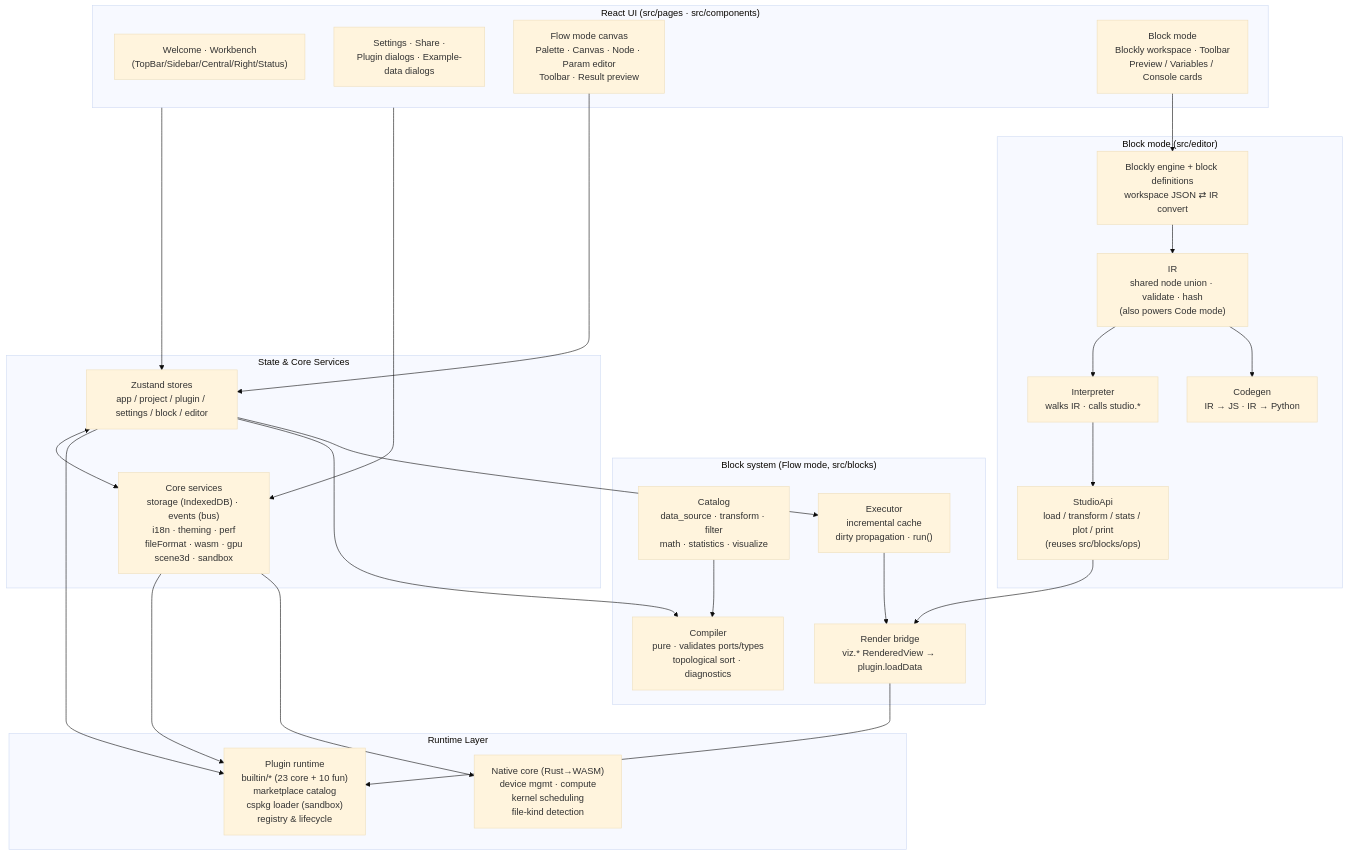
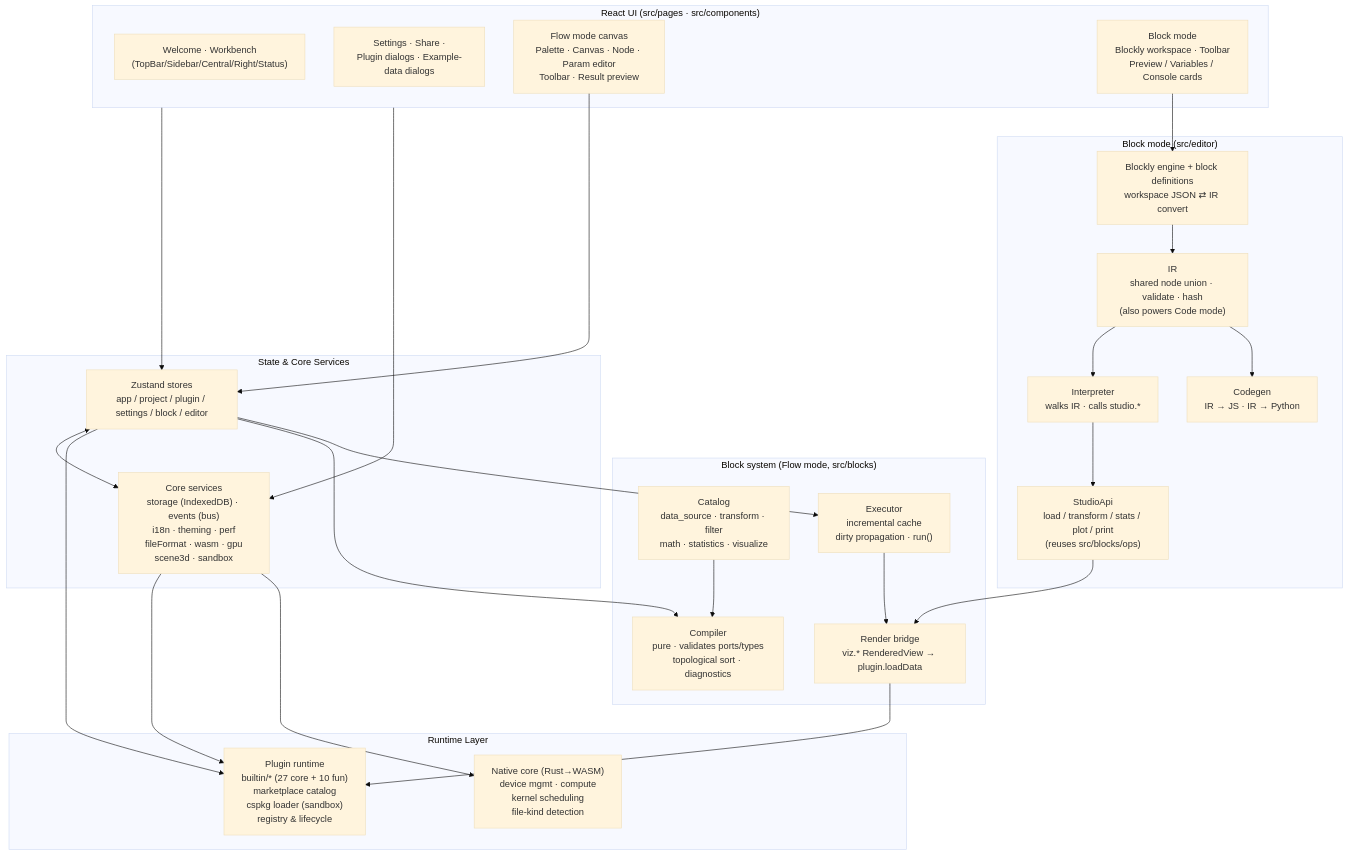
Before and after one commit to SnowLeopard-io/ErgalicsStudio: the diagram in docs/guide/architecture.md, drawn with Mermaid (base theme). The commit also changed 32 other files, not shown here.

````diff
--- a/docs/guide/architecture.md
+++ b/docs/guide/architecture.md
@@ -5,53 +5,53 @@
 ```mermaid
 flowchart TB
     subgraph UI["React UI (src/pages · src/components)"]
         A1["Welcome · Workbench<br/>(TopBar/Sidebar/Central/Right/Status)"]
         A2["Settings · Share ·<br/>Plugin dialogs · Example-data dialogs"]
         A3["Flow mode canvas<br/>Palette · Canvas · Node · Param editor<br/>Toolbar · Result preview"]
         A4["Block mode<br/>Blockly workspace · Toolbar<br/>Preview / Variables / Console cards"]
     end
 
     subgraph State["State & Core Services"]
         B1["Zustand stores<br/>app / project / plugin / settings / block / editor"]
         B2["Core services<br/>storage (IndexedDB) · events (bus)<br/>i18n · theming · perf<br/>fileFormat · wasm · gpu<br/>scene3d · sandbox"]
     end
 
     subgraph Blocks["Block system (Flow mode, src/blocks)"]
         D1["Catalog<br/>data_source · transform · filter<br/>math · statistics · visualize"]
         D2["Compiler<br/>pure · validates ports/types<br/>topological sort · diagnostics"]
         D3["Executor<br/>incremental cache<br/>dirty propagation · run()"]
         D4["Render bridge<br/>viz.* RenderedView → plugin.loadData"]
     end
 
     subgraph Editor["Block mode (src/editor)"]
         E1["IR<br/>shared node union · validate · hash<br/>(also powers Code mode)"]
         E2["Blockly engine + block definitions<br/>workspace JSON ⇄ IR convert"]
         E3["Interpreter<br/>walks IR · calls studio.*"]
         E4["Codegen<br/>IR → JS · IR → Python"]
         E5["StudioApi<br/>load / transform / stats / plot / print<br/>(reuses src/blocks/ops)"]
     end
 
     subgraph Runtime["Runtime Layer"]
-        C1["Plugin runtime<br/>builtin/* (23 core + 10 fun)<br/>marketplace catalog<br/>cspkg loader (sandbox)<br/>registry & lifecycle"]
+        C1["Plugin runtime<br/>builtin/* (27 core + 10 fun)<br/>marketplace catalog<br/>cspkg loader (sandbox)<br/>registry & lifecycle"]
         C2["Native core (Rust→WASM)<br/>device mgmt · compute<br/>kernel scheduling<br/>file-kind detection"]
     end
 
     UI --> B1
     UI --> B2
     B1 <--> B2
     B1 --> C1
     B2 --> C1
     B2 --> C2
     A3 --> B1
     B1 --> D2
     B1 --> D3
     D1 --> D2
     D3 --> D4
     D4 --> C1
     A4 --> E2
     E2 --> E1
     E1 --> E3
     E1 --> E4
     E3 --> E5
     E5 --> D4
 ```
````
